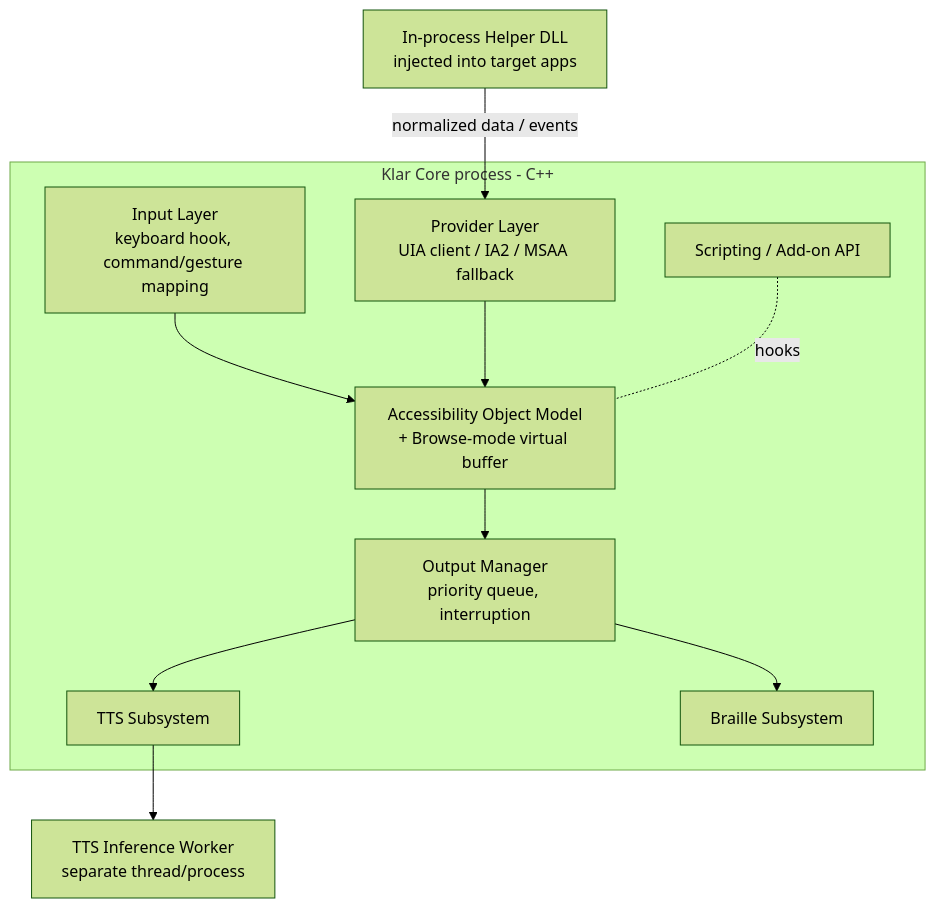
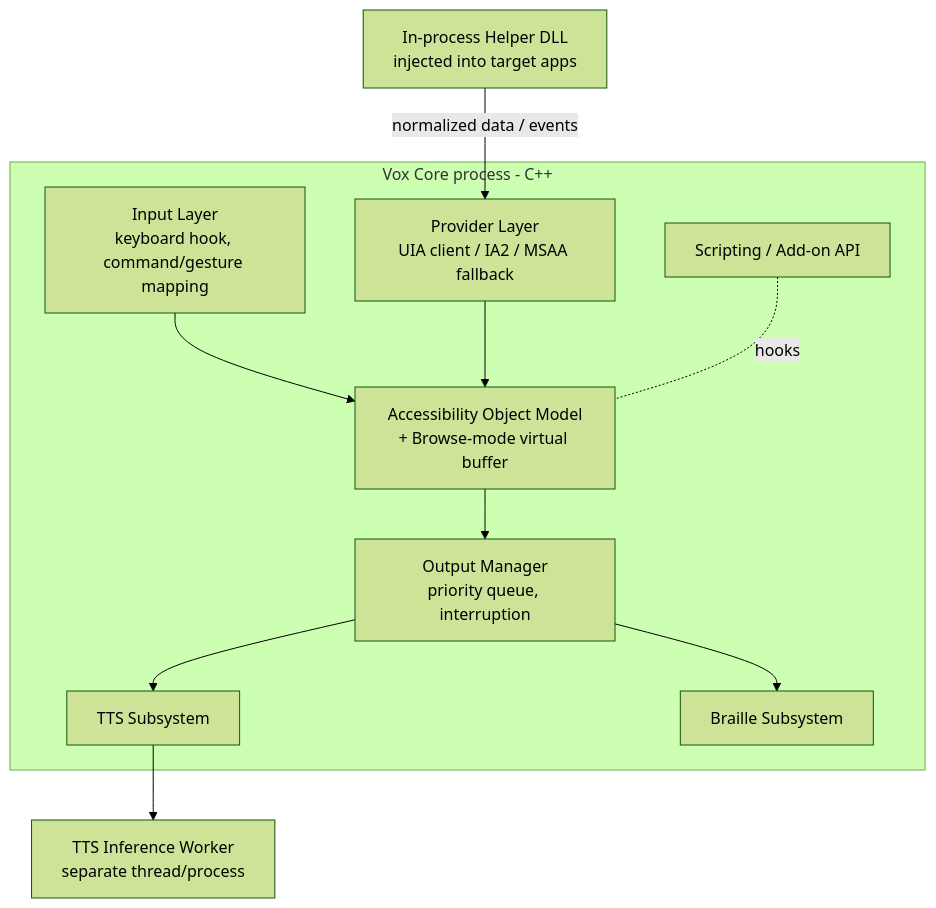
The second of 8 diagrams in doc/architecture/architecture.md (digitale-barrierefreiheit/vox), drawn with Mermaid (forest theme) before and after one commit. The commit also changed other lines of this file, not shown here.

First line of the commit message:
docs: rename Klar to Vox in architecture.md (#45)

````diff
--- a/doc/architecture/architecture.md
+++ b/doc/architecture/architecture.md
@@ -111,24 +111,24 @@
 ```mermaid
 graph TD
-    subgraph Core[Klar Core process - C++]
+    subgraph Core[Vox Core process - C++]
       Input[Input Layer<br/>keyboard hook, command/gesture mapping]
       Provider[Provider Layer<br/>UIA client / IA2 / MSAA fallback]
       Model[Accessibility Object Model<br/>+ Browse-mode virtual buffer]
       Output[Output Manager<br/>priority queue, interruption]
       TTS[TTS Subsystem]
       BrailleOut[Braille Subsystem]
       AddonAPI[Scripting / Add-on API]
     end
 
     HelperDLL[In-process Helper DLL<br/>injected into target apps]
     TTSWorker[TTS Inference Worker<br/>separate thread/process]
 
     Input --> Model
     Provider --> Model
     HelperDLL -- normalized data / events --> Provider
     Model --> Output
     AddonAPI -. hooks .- Model
     Output --> TTS
     Output --> BrailleOut
     TTS --> TTSWorker
 ```
````
